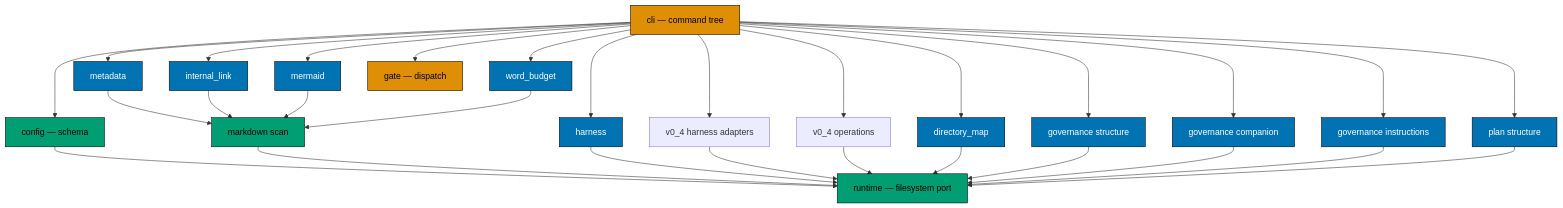
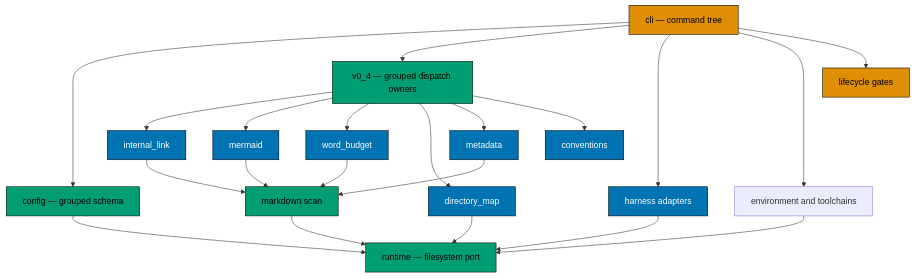
One commit to wahidyankf/rhino changed the third of 3 diagrams in specs/architecture.md. Above: the diagram before and after it, drawn with Mermaid. The commit also changed other lines of this file and 298 other files, not shown here.

````diff
--- a/specs/architecture.md
+++ b/specs/architecture.md
@@ -70,58 +70,47 @@
 ```mermaid
 graph TD
     Cli["cli — command tree"]
     Runtime["runtime — filesystem port"]
-    ConfigMod["config — schema"]
+    ConfigMod["config — grouped schema"]
+    Grouped["v0_4 — grouped dispatch owners"]
     Scan["markdown scan"]
     Link["internal_link"]
     Mermaid["mermaid"]
     Word["word_budget"]
     Map["directory_map"]
-    Harness["harness"]
-    Adapter["v0_4 harness adapters"]
-    Operations["v0_4 operations"]
+    Adapter["harness adapters"]
+    Operations["environment and toolchains"]
     Metadata["metadata"]
-    Gate["gate — dispatch"]
-    Structure["governance structure"]
-    Companion["governance companion"]
-    Instructions["governance instructions"]
-    PlanMod["plan structure"]
+    Gates["lifecycle gates"]
+    Conventions["conventions"]
 
     Cli --> ConfigMod
-    Cli --> Link
-    Cli --> Mermaid
-    Cli --> Word
-    Cli --> Map
-    Cli --> Harness
+    Cli --> Grouped
+    Grouped --> Link
+    Grouped --> Mermaid
+    Grouped --> Word
+    Grouped --> Map
     Cli --> Adapter
     Cli --> Operations
-    Cli --> Metadata
-    Cli --> Gate
-    Cli --> Structure
-    Cli --> Companion
-    Cli --> Instructions
-    Cli --> PlanMod
+    Grouped --> Metadata
+    Cli --> Gates
+    Grouped --> Conventions
     ConfigMod --> Runtime
     Scan --> Runtime
-    Harness --> Runtime
     Adapter --> Runtime
     Operations --> Runtime
     Map --> Runtime
     Metadata --> Scan
-    Structure --> Runtime
-    Companion --> Runtime
-    Instructions --> Runtime
-    PlanMod --> Runtime
     Link --> Scan
     Mermaid --> Scan
     Word --> Scan
 
     classDef entry fill:#DE8F05,stroke:#000000,color:#000000
     classDef check fill:#0173B2,stroke:#000000,color:#FFFFFF
     classDef shared fill:#029E73,stroke:#000000,color:#000000
 
     class Cli entry
-    class Link,Mermaid,Word,Map,Harness,Metadata,Structure,Companion,Instructions,PlanMod check
-    class Gate entry
-    class ConfigMod,Runtime,Scan shared
+    class Link,Mermaid,Word,Map,Adapter,Metadata,Conventions check
+    class Gates entry
+    class ConfigMod,Grouped,Runtime,Scan shared
 ```
````
